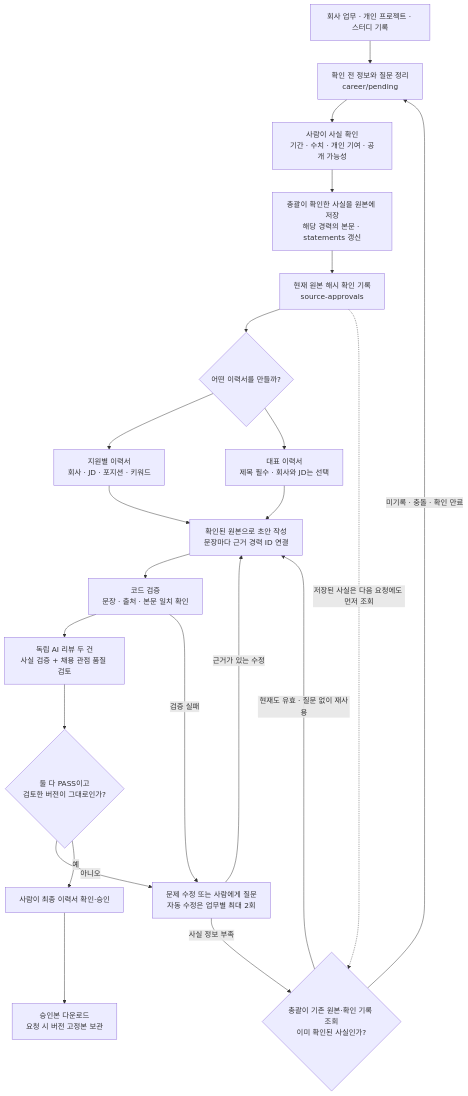
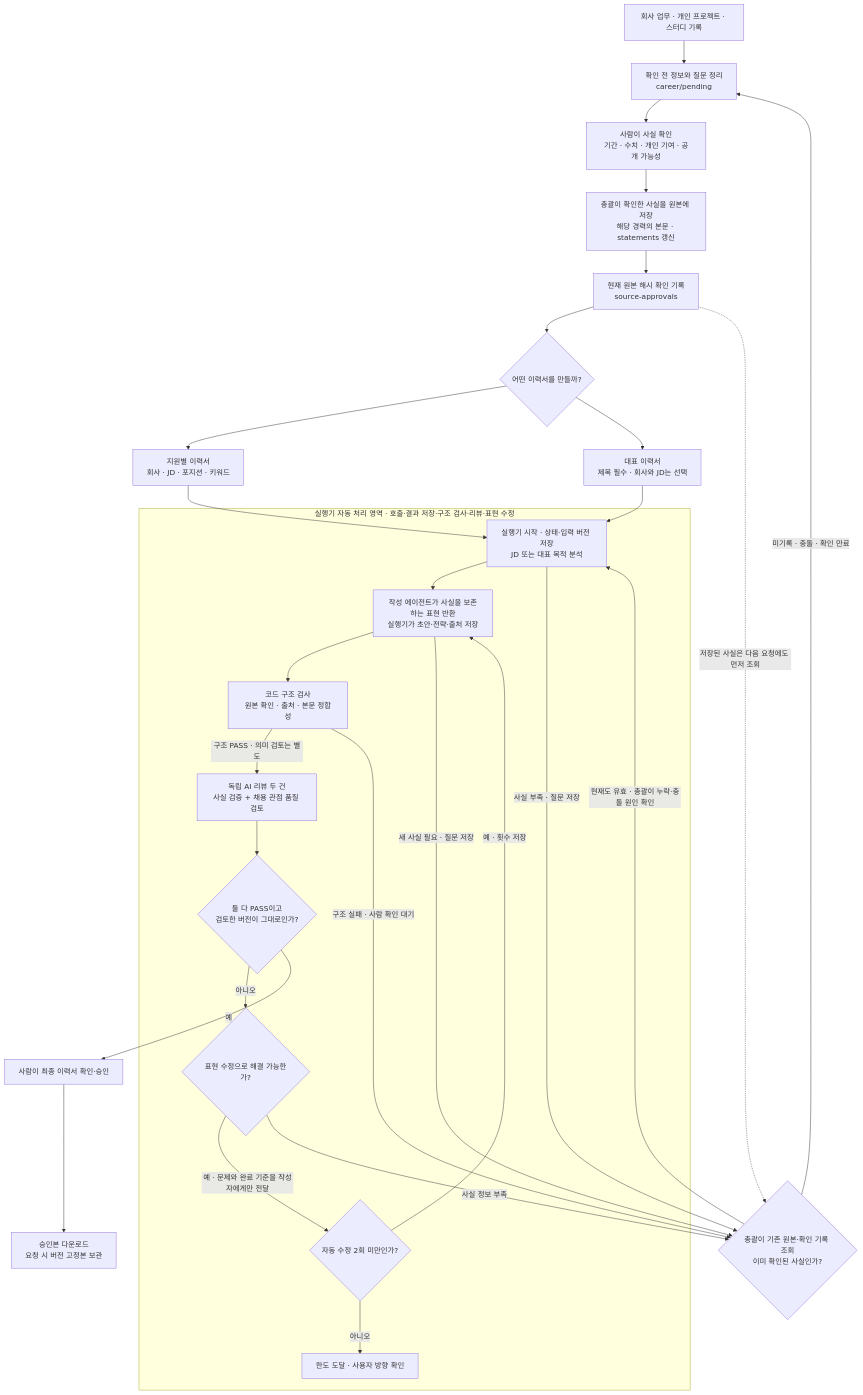
The first of 6 diagrams in docs/WORKFLOW.md (doveloper17/career-hub), drawn with Mermaid before and after one commit. The commit also changed other lines of this file and 78 other files, not shown here.

````diff
--- a/docs/WORKFLOW.md
+++ b/docs/WORKFLOW.md
@@ -7,32 +7,42 @@
 ```mermaid
 flowchart TD
     record["회사 업무 · 개인 프로젝트 · 스터디 기록"]
     pending["확인 전 정보와 질문 정리<br/>career/pending"]
     human["사람이 사실 확인<br/>기간 · 수치 · 개인 기여 · 공개 가능성"]
     source["총괄이 확인한 사실을 원본에 저장<br/>해당 경력의 본문 · statements 갱신"]
     receipt["현재 원본 해시 확인 기록<br/>source-approvals"]
     target{"어떤 이력서를 만들까?"}
     jd["지원별 이력서<br/>회사 · JD · 포지션 · 키워드"]
     main["대표 이력서<br/>제목 필수 · 회사와 JD는 선택"]
-    draft["확인된 원본으로 초안 작성<br/>문장마다 근거 경력 ID 연결"]
-    code["코드 검증<br/>문장 · 출처 · 본문 일치 확인"]
+    subgraph execution["실행기 자동 처리 영역 · 호출·결과 저장·구조 검사·리뷰·표현 수정"]
+    analysis["실행기 시작 · 상태·입력 버전 저장<br/>JD 또는 대표 목적 분석"]
+    draft["작성 에이전트가 사실을 보존하는 표현 반환<br/>실행기가 초안·전략·출처 저장"]
+    code["코드 구조 검사<br/>원본 확인 · 출처 · 본문 정합성"]
     reviews["독립 AI 리뷰 두 건<br/>사실 검증 + 채용 관점 품질 검토"]
     gate{"둘 다 PASS이고<br/>검토한 버전이 그대로인가?"}
-    fix["문제 수정 또는 사람에게 질문<br/>자동 수정은 업무별 최대 2회"]
+    fix{"표현 수정으로 해결 가능한가?"}
+    limit{"자동 수정 2회 미만인가?"}
+    stop["한도 도달 · 사용자 방향 확인"]
+    end
     known{"총괄이 기존 원본·확인 기록 조회<br/>이미 확인된 사실인가?"}
     final["사람이 최종 이력서 확인·승인"]
     export["승인본 다운로드<br/>요청 시 버전 고정본 보관"]
 
     record --> pending --> human --> source --> receipt --> target
-    target --> jd --> draft
-    target --> main --> draft
-    draft --> code --> reviews --> gate
-    code -- "검증 실패" --> fix
+    target --> jd --> analysis
+    target --> main --> analysis
+    analysis --> draft --> code
+    analysis -- "사실 부족 · 질문 저장" --> known
+    draft -- "새 사실 필요 · 질문 저장" --> known
+    code -- "구조 PASS · 의미 검토는 별도" --> reviews --> gate
+    code -- "구조 실패 · 사람 확인 대기" --> known
     gate -- "아니오" --> fix
-    fix -- "근거가 있는 수정" --> draft
+    fix -- "예 · 문제와 완료 기준을 작성자에게만 전달" --> limit
+    limit -- "예 · 횟수 저장" --> draft
+    limit -- "아니오" --> stop
     fix -- "사실 정보 부족" --> known
-    known -- "현재도 유효 · 질문 없이 재사용" --> draft
+    known -- "현재도 유효 · 총괄이 누락·충돌 원인 확인" --> analysis
     known -- "미기록 · 충돌 · 확인 만료" --> pending
     receipt -. "저장된 사실은 다음 요청에도 먼저 조회" .-> known
     gate -- "예" --> final --> export
 ```
````
